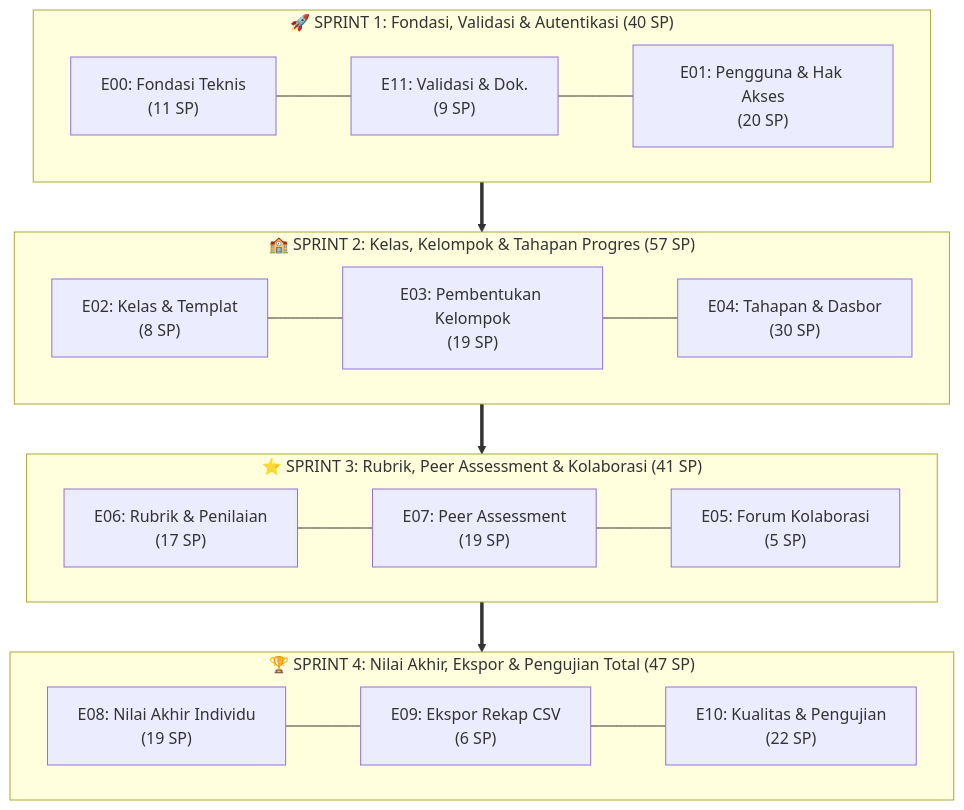
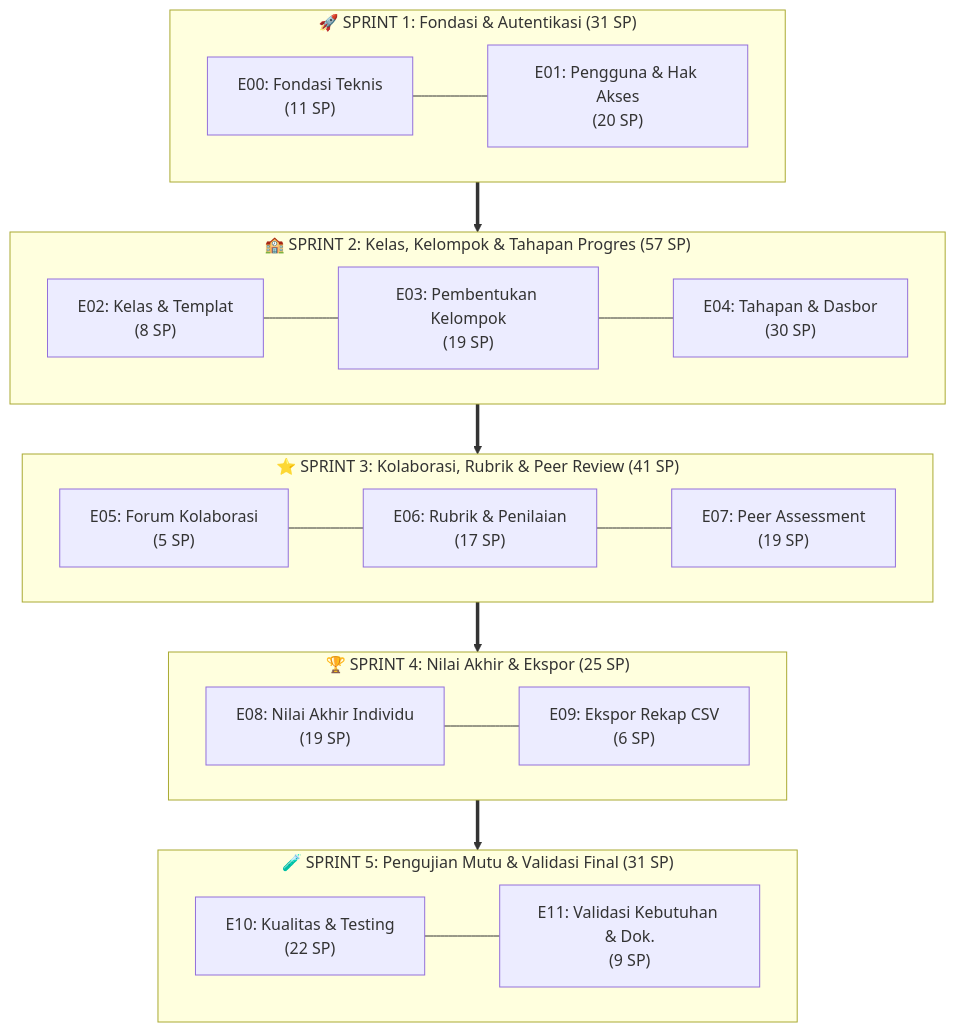
The diagram in docs/Sprint_Plan_by_Epic.md (cavryn/Project-Based-LMS), drawn with Mermaid before and after one commit. The commit also changed other lines of this file and 1 other file, not shown here.

Commit message:
docs(sprint): resctructure plan into 5 cohesive sprint (E00 - E11)

````diff
--- a/docs/Sprint_Plan_by_Epic.md
+++ b/docs/Sprint_Plan_by_Epic.md
@@ -9,36 +9,41 @@
 ```mermaid
 flowchart TD
-    subgraph S1["🚀 SPRINT 1: Fondasi, Validasi & Autentikasi (40 SP)"]
+    subgraph S1["🚀 SPRINT 1: Fondasi & Autentikasi (31 SP)"]
         direction LR
         E00["E00: Fondasi Teknis\n(11 SP)"]
-        E11["E11: Validasi & Dok.\n(9 SP)"]
         E01["E01: Pengguna & Hak Akses\n(20 SP)"]
-        E00 --- E11 --- E01
+        E00 --- E01
     end
 
     subgraph S2["🏫 SPRINT 2: Kelas, Kelompok & Tahapan Progres (57 SP)"]
         direction LR
         E02["E02: Kelas & Templat\n(8 SP)"]
         E03["E03: Pembentukan Kelompok\n(19 SP)"]
         E04["E04: Tahapan & Dasbor\n(30 SP)"]
         E02 --- E03 --- E04
     end
 
-    subgraph S3["⭐ SPRINT 3: Rubrik, Peer Assessment & Kolaborasi (41 SP)"]
+    subgraph S3["⭐ SPRINT 3: Kolaborasi, Rubrik & Peer Review (41 SP)"]
         direction LR
+        E05["E05: Forum Kolaborasi\n(5 SP)"]
         E06["E06: Rubrik & Penilaian\n(17 SP)"]
         E07["E07: Peer Assessment\n(19 SP)"]
-        E05["E05: Forum Kolaborasi\n(5 SP)"]
-        E06 --- E07 --- E05
+        E05 --- E06 --- E07
     end
 
-    subgraph S4["🏆 SPRINT 4: Nilai Akhir, Ekspor & Pengujian Total (47 SP)"]
+    subgraph S4["🏆 SPRINT 4: Nilai Akhir & Ekspor (25 SP)"]
         direction LR
         E08["E08: Nilai Akhir Individu\n(19 SP)"]
         E09["E09: Ekspor Rekap CSV\n(6 SP)"]
-        E10["E10: Kualitas & Pengujian\n(22 SP)"]
-        E08 --- E09 --- E10
+        E08 --- E09
     end
 
-    S1 ==> S2 ==> S3 ==> S4
+    subgraph S5["🧪 SPRINT 5: Pengujian Mutu & Validasi Final (31 SP)"]
+        direction LR
+        E10["E10: Kualitas & Testing\n(22 SP)"]
+        E11["E11: Validasi Kebutuhan & Dok.\n(9 SP)"]
+        E10 --- E11
+    end
+
+    S1 ==> S2 ==> S3 ==> S4 ==> S5
 ```
````
